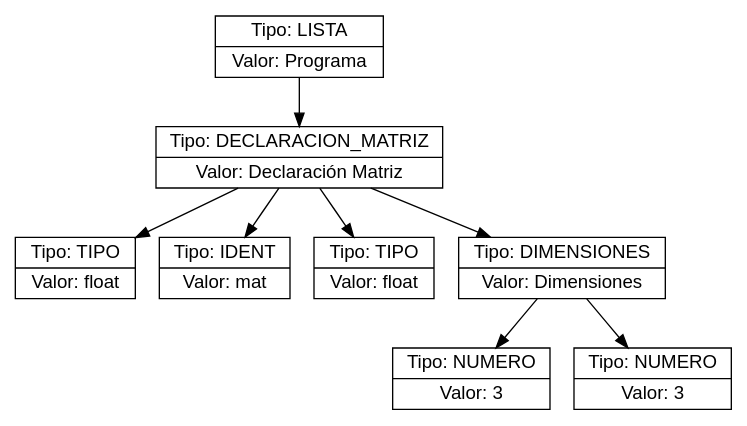
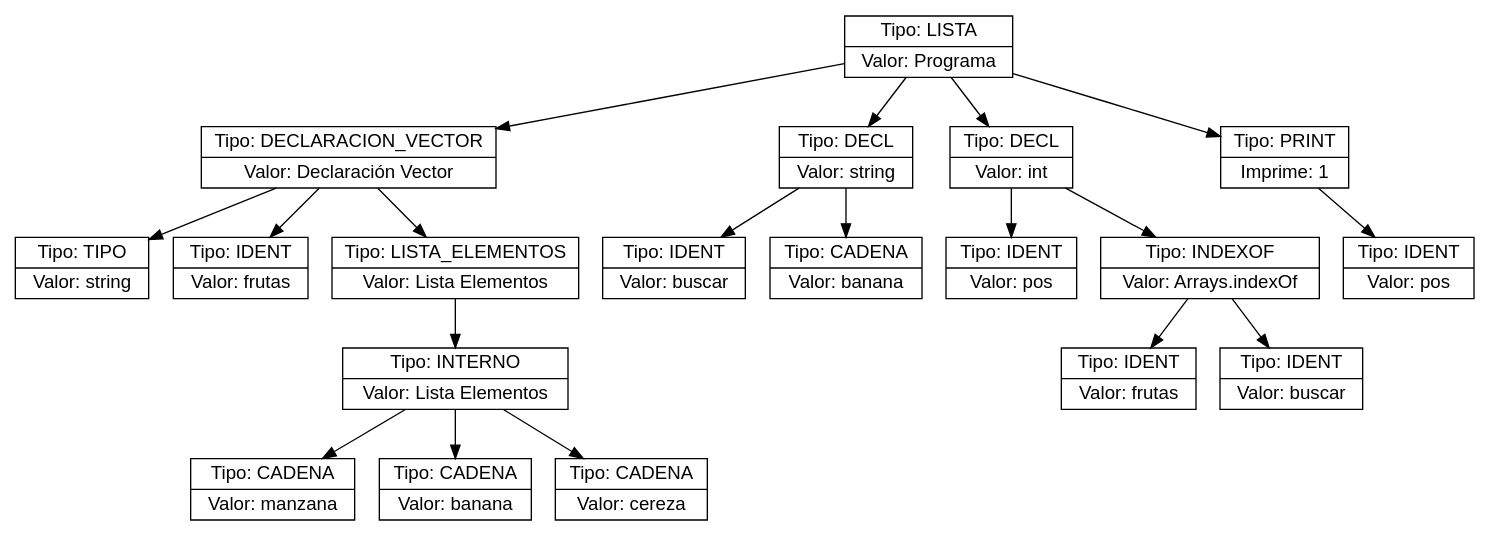
The diagram in ast.dot (Farot30/OLC2_2s2025_202307820), drawn with Graphviz before and after one commit. The commit also changed 15 other files, not shown here.

```diff
--- a/ast.dot
+++ b/ast.dot
@@ -1,18 +1,40 @@
 digraph AST {
   node [shape=record,fontname="Helvetica"];
-  n0x5be996013e50 [label="{Tipo: LISTA|Valor: Programa}"];
-  n0x5be996013e50 -> n0x5be995cafcd0;
-  n0x5be995cafcd0 [label="{Tipo: DECLARACION_MATRIZ|Valor: Declaración Matriz}"];
-  n0x5be995cafcd0 -> n0x5be995fafd70;
-  n0x5be995fafd70 [label="{Tipo: TIPO|Valor: float}"];
-  n0x5be995cafcd0 -> n0x5be995e24130;
-  n0x5be995e24130 [label="{Tipo: IDENT|Valor: mat}"];
-  n0x5be995cafcd0 -> n0x5be995e88180;
-  n0x5be995e88180 [label="{Tipo: TIPO|Valor: float}"];
-  n0x5be995cafcd0 -> n0x5be995cb0b30;
-  n0x5be995cb0b30 [label="{Tipo: DIMENSIONES|Valor: Dimensiones}"];
-  n0x5be995cb0b30 -> n0x5be995e263c0;
-  n0x5be995e263c0 [label="{Tipo: NUMERO|Valor: 3}"];
-  n0x5be995cb0b30 -> n0x5be995e262d0;
-  n0x5be995e262d0 [label="{Tipo: NUMERO|Valor: 3}"];
+  n0x578ff7895890 [label="{Tipo: LISTA|Valor: Programa}"];
+  n0x578ff7895890 -> n0x578ff7973a50;
+  n0x578ff7973a50 [label="{Tipo: DECLARACION_VECTOR|Valor: Declaración Vector}"];
+  n0x578ff7973a50 -> n0x578ff7967d30;
+  n0x578ff7967d30 [label="{Tipo: TIPO|Valor: string}"];
+  n0x578ff7973a50 -> n0x578ff7a2a510;
+  n0x578ff7a2a510 [label="{Tipo: IDENT|Valor: frutas}"];
+  n0x578ff7973a50 -> n0x578ff7a3aad0;
+  n0x578ff7a3aad0 [label="{Tipo: LISTA_ELEMENTOS|Valor: Lista Elementos}"];
+  n0x578ff7a3aad0 -> n0x578ff770d7b0;
+  n0x578ff770d7b0 [label="{Tipo: INTERNO|Valor: Lista Elementos}"];
+  n0x578ff770d7b0 -> n0x578ff78d25e0;
+  n0x578ff78d25e0 [label="{Tipo: CADENA|Valor: manzana}"];
+  n0x578ff770d7b0 -> n0x578ff7ad49c0;
+  n0x578ff7ad49c0 [label="{Tipo: CADENA|Valor: banana}"];
+  n0x578ff770d7b0 -> n0x578ff7966790;
+  n0x578ff7966790 [label="{Tipo: CADENA|Valor: cereza}"];
+  n0x578ff7895890 -> n0x578ff7731720;
+  n0x578ff7731720 [label="{Tipo: DECL|Valor: string}"];
+  n0x578ff7731720 -> n0x578ff7956a20;
+  n0x578ff7956a20 [label="{Tipo: IDENT|Valor: buscar}"];
+  n0x578ff7731720 -> n0x578ff795edf0;
+  n0x578ff795edf0 [label="{Tipo: CADENA|Valor: banana}"];
+  n0x578ff7895890 -> n0x578ff76b9e70;
+  n0x578ff76b9e70 [label="{Tipo: DECL|Valor: int}"];
+  n0x578ff76b9e70 -> n0x578ff76bd020;
+  n0x578ff76bd020 [label="{Tipo: IDENT|Valor: pos}"];
+  n0x578ff76b9e70 -> n0x578ff795b490;
+  n0x578ff795b490 [label="{Tipo: INDEXOF|Valor: Arrays.indexOf}"];
+  n0x578ff795b490 -> n0x578ff77a4540;
+  n0x578ff77a4540 [label="{Tipo: IDENT|Valor: frutas}"];
+  n0x578ff795b490 -> n0x578ff76f88a0;
+  n0x578ff76f88a0 [label="{Tipo: IDENT|Valor: buscar}"];
+  n0x578ff7895890 -> n0x578ff79370f0;
+  n0x578ff79370f0 [label="{Tipo: PRINT|Imprime: 1}"];
+  n0x578ff79370f0 -> n0x578ff78ceff0;
+  n0x578ff78ceff0 [label="{Tipo: IDENT|Valor: pos}"];
 }
```
